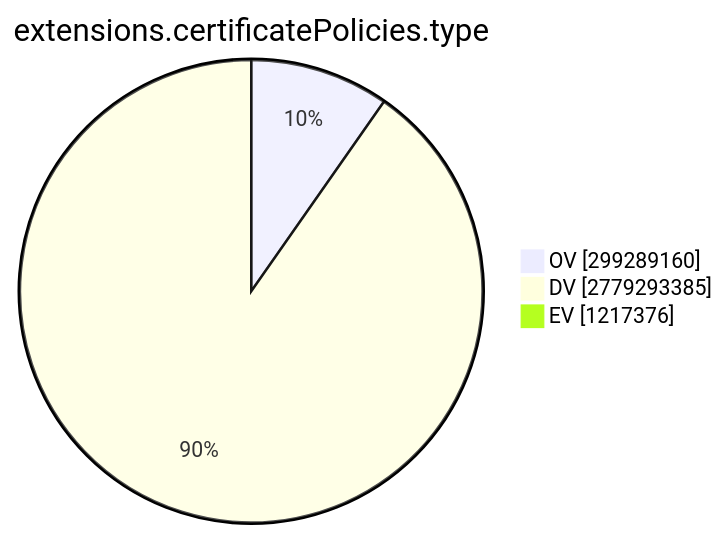
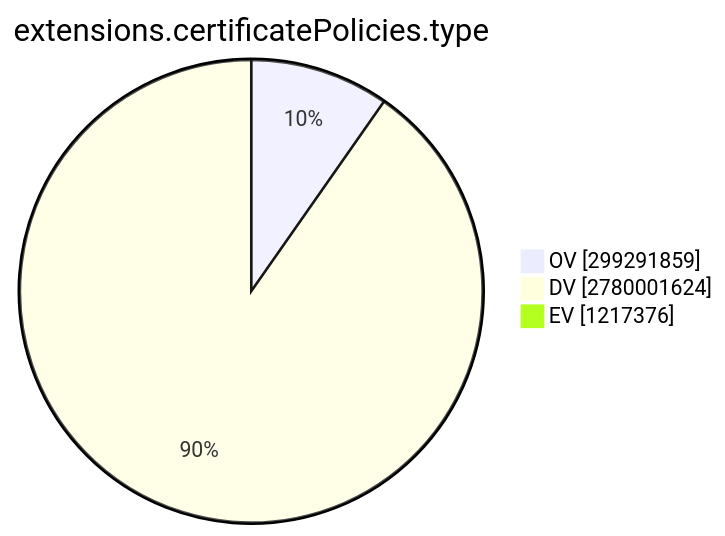
One commit to christiankrug/ctmonitor_visualization changed the ninth of 15 diagrams in TOTAL/README.md. Above: the diagram before and after it, drawn with Mermaid. The commit also changed other lines of this file, not shown here.

````diff
--- a/TOTAL/README.md
+++ b/TOTAL/README.md
@@ -3101,7 +3101,7 @@
 ```mermaid
 pie showData
 title extensions.certificatePolicies.type
-"OV" :299289160
-"DV" :2779293385
+"OV" :299291859
+"DV" :2780001624
 "EV" :1217376
 ```
````
